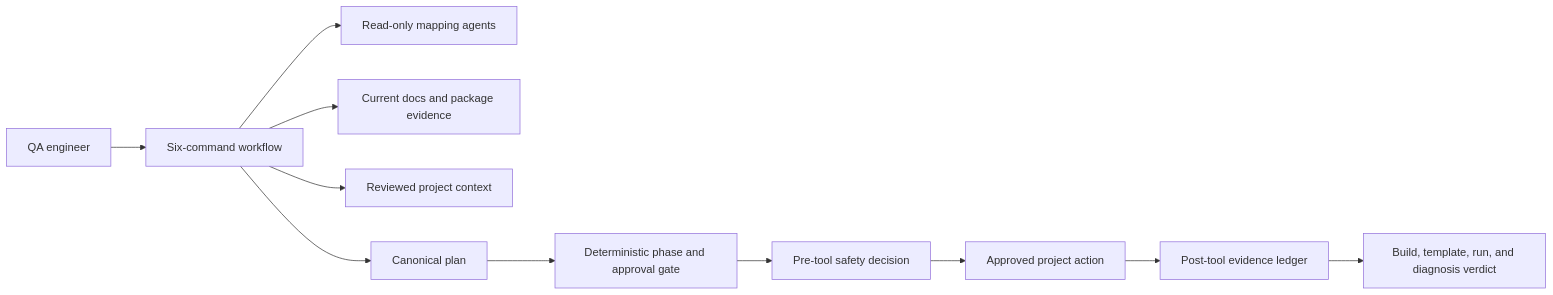
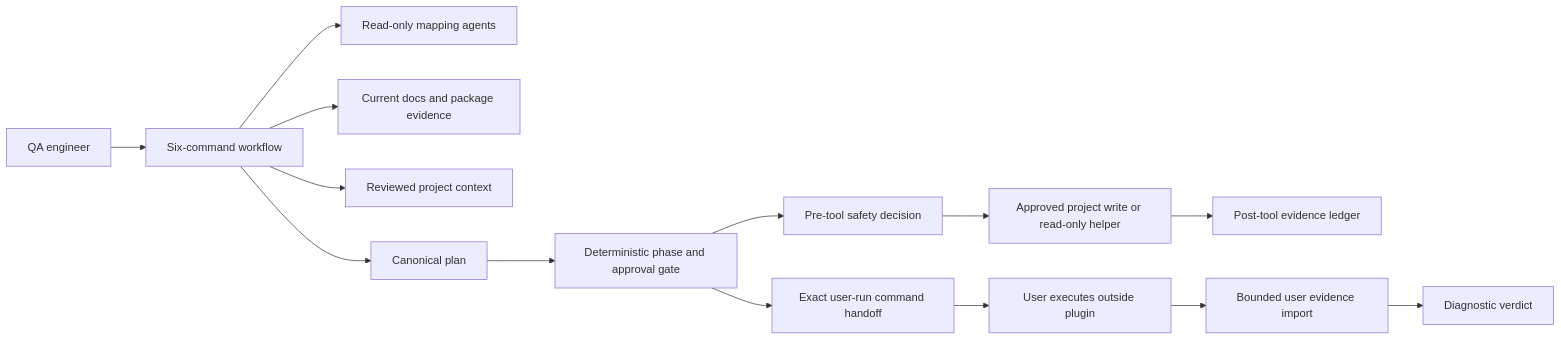
One commit to eldarush/QaaS-Plugin changed the first of 2 diagrams in docs/architecture.md. Above: the diagram before and after it, drawn with Mermaid. The commit also changed other lines of this file and 136 other files, not shown here.

````diff
--- a/docs/architecture.md
+++ b/docs/architecture.md
@@ -13,13 +13,16 @@
 ```mermaid
 flowchart LR
     U["QA engineer"] --> W["Six-command workflow"]
     W --> A["Read-only mapping agents"]
     W --> K["Current docs and package evidence"]
     W --> C["Reviewed project context"]
     W --> P["Canonical plan"]
     P --> G["Deterministic phase and approval gate"]
     G --> T["Pre-tool safety decision"]
-    T --> X["Approved project action"]
+    T --> X["Approved project write or read-only helper"]
     X --> E["Post-tool evidence ledger"]
-    E --> V["Build, template, run, and diagnosis verdict"]
+    G --> H["Exact user-run command handoff"]
+    H --> U2["User executes outside plugin"]
+    U2 --> I["Bounded user evidence import"]
+    I --> V["Diagnostic verdict"]
 ```
````
